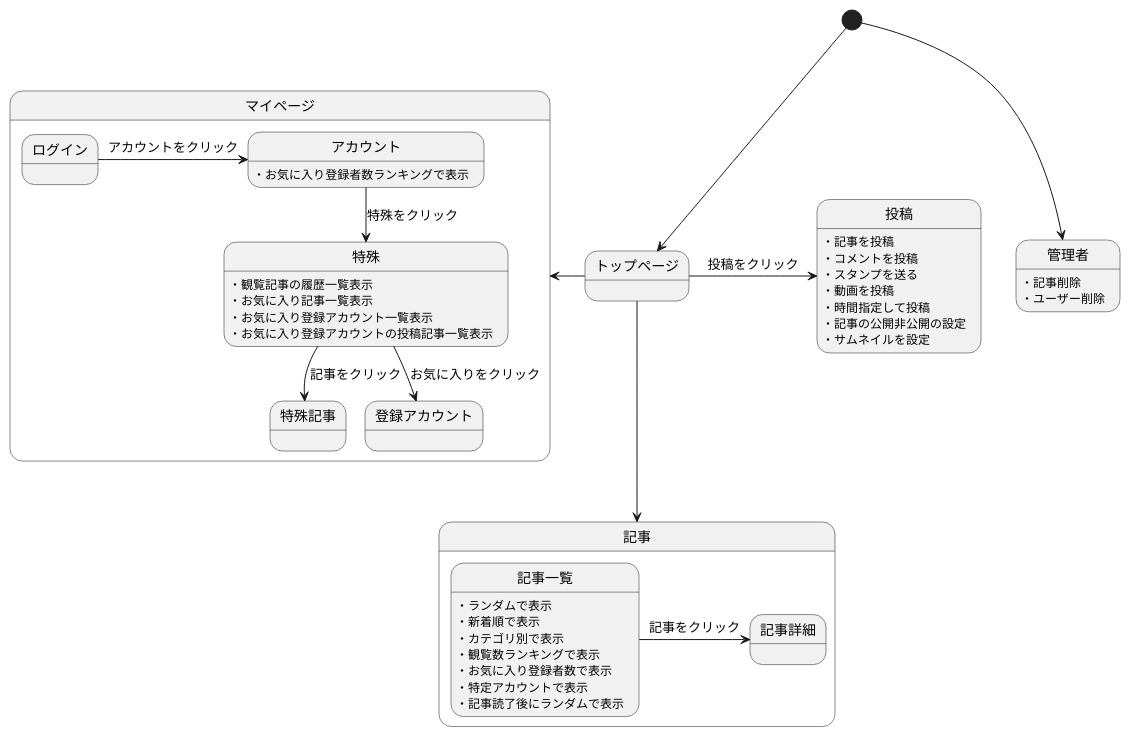
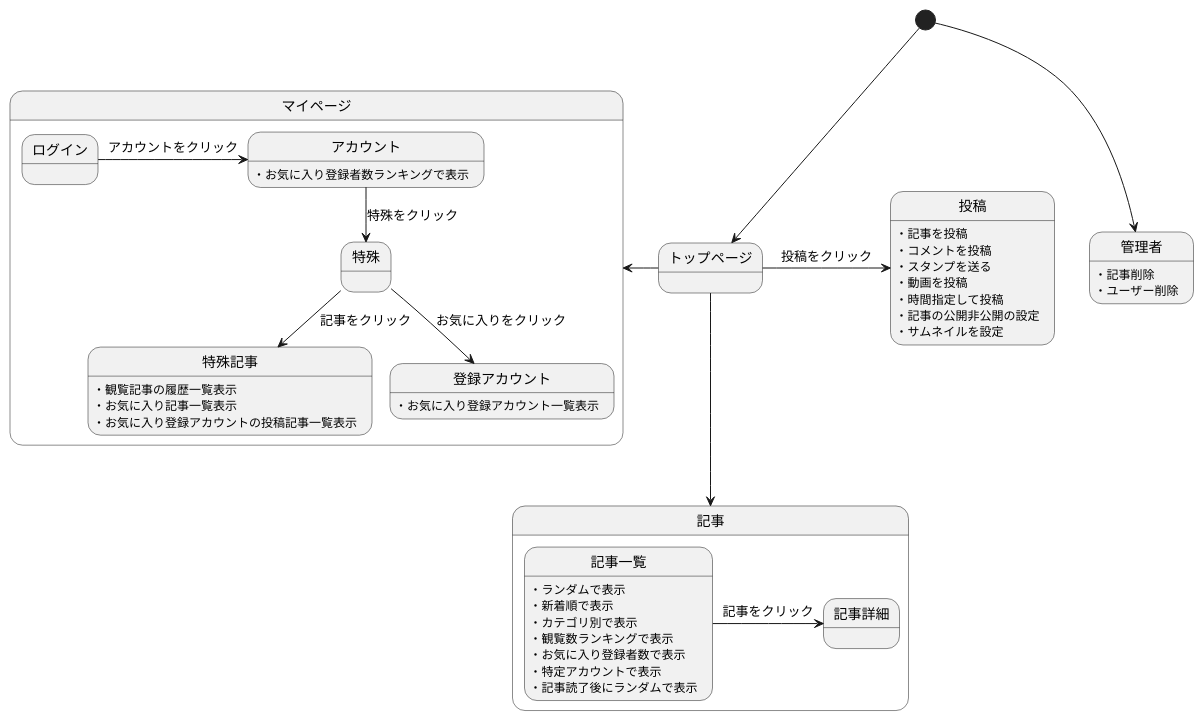
Before and after one commit to Aso2001001/2022System: the diagram in 後期画面遷移.md, drawn with PlantUML.

````diff
--- a/後期画面遷移.md
+++ b/後期画面遷移.md
@@ -1,54 +1,54 @@
 ```uml
 @startuml
 [*] --> トップページ
 
 state 記事{
 記事一覧 -> 記事詳細 : 記事をクリック
 
 
 記事一覧:・ランダムで表示
 記事一覧:・新着順で表示
 記事一覧:・カテゴリ別で表示
 記事一覧:・観覧数ランキングで表示
 記事一覧:・お気に入り登録者数で表示
 記事一覧:・特定アカウントで表示
 記事一覧:・記事読了後にランダムで表示
 
 }
 
 state マイページ{
 ログイン -> アカウント : アカウントをクリック
 アカウント -down-> 特殊 : 特殊をクリック
 特殊 -down-> 特殊記事 :記事をクリック
 特殊 -down-> 登録アカウント :お気に入りをクリック
 
 アカウント:・お気に入り登録者数ランキングで表示
 
-特殊:・観覧記事の履歴一覧表示
-特殊:・お気に入り記事一覧表示
-特殊:・お気に入り登録アカウント一覧表示
-特殊:・お気に入り登録アカウントの投稿記事一覧表示
+特殊記事:・観覧記事の履歴一覧表示
+特殊記事:・お気に入り記事一覧表示
+登録アカウント:・お気に入り登録アカウント一覧表示
+特殊記事:・お気に入り登録アカウントの投稿記事一覧表示
 
 }
 
 
 トップページ -down-> 記事
 トップページ -left-> マイページ
 トップページ -> 投稿 : 投稿をクリック
 投稿:・記事を投稿
 投稿:・コメントを投稿
 投稿:・スタンプを送る
 投稿:・動画を投稿
 投稿:・時間指定して投稿
 投稿:・記事の公開非公開の設定
 投稿:・サムネイルを設定
 
 
 
 [*] --> 管理者
 管理者:・記事削除
 管理者:・ユーザー削除
 
 
 @enduml
 ```
````
